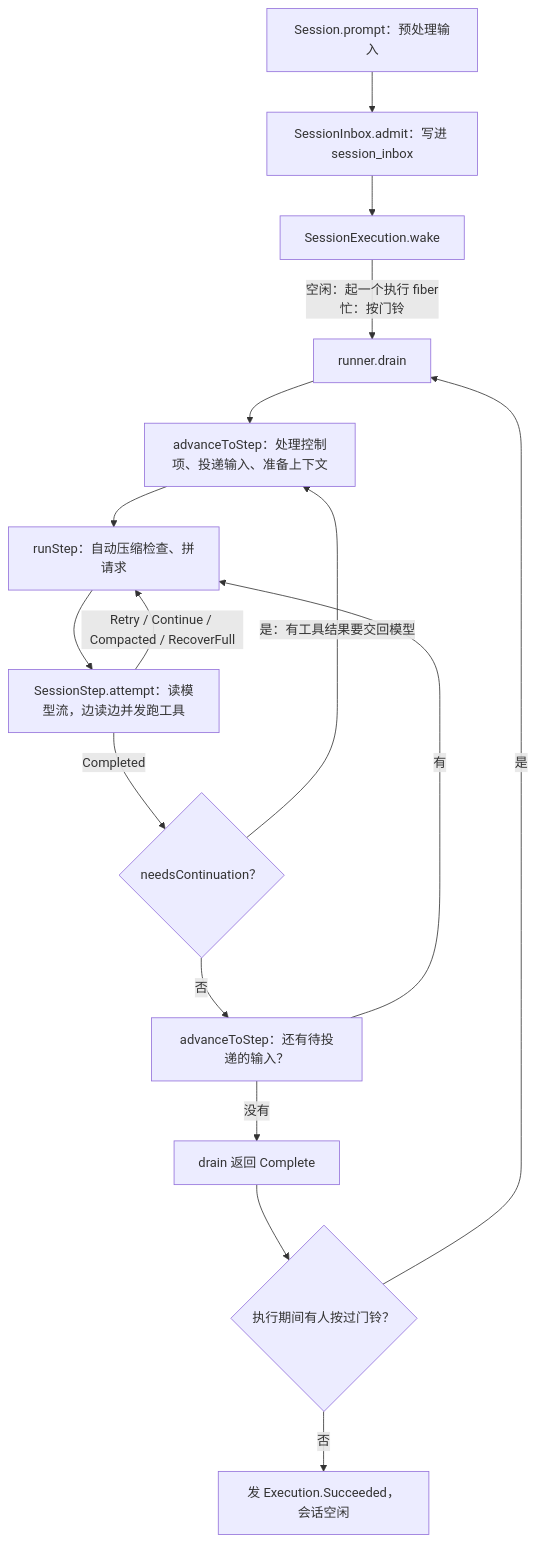
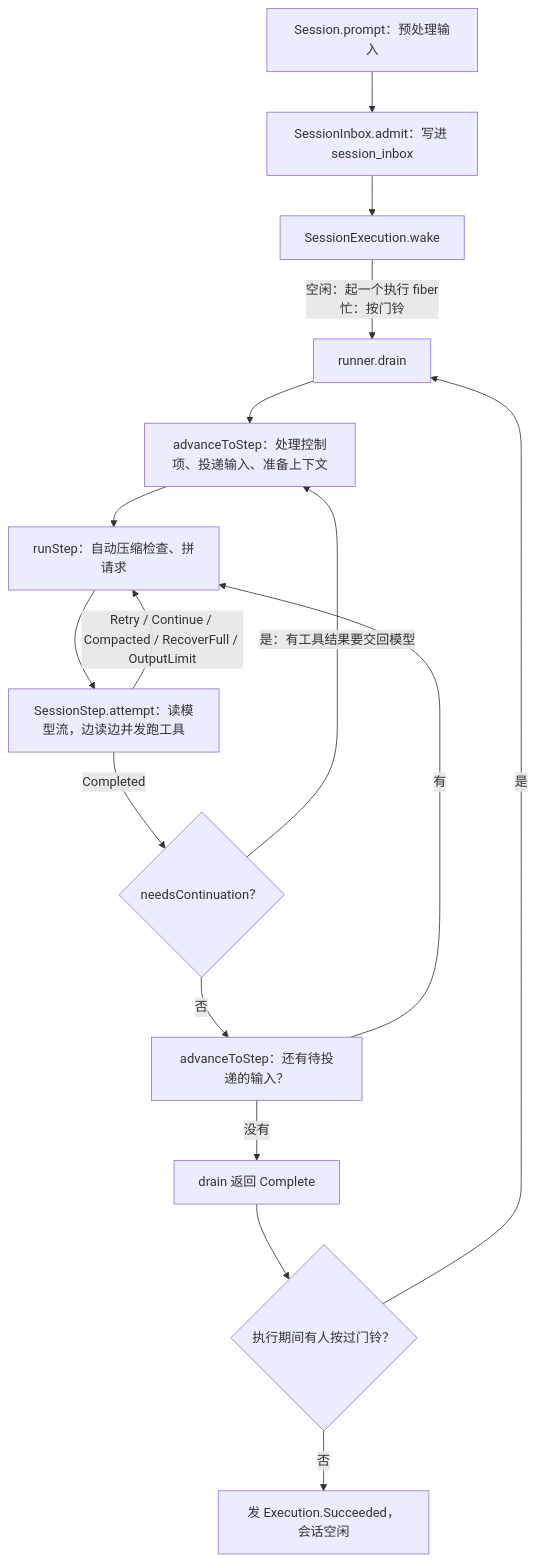
One commit to nickqiaoo/nickqiaoo.github.io changed the second of 13 diagrams in src/content/post/agents-opencode/index.md. Above: the diagram before and after it, drawn with Mermaid. The commit also changed other lines of this file, not shown here.

````diff
--- a/src/content/post/agents-opencode/index.md
+++ b/src/content/post/agents-opencode/index.md
@@ -61,18 +65,18 @@
 ```mermaid
 flowchart TD
   P["Session.prompt：预处理输入"] --> A["SessionInbox.admit：写进 session_inbox"]
   A --> W["SessionExecution.wake"]
   W -->|空闲：起一个执行 fiber<br/>忙：按门铃| D["runner.drain"]
   D --> S["advanceToStep：处理控制项、投递输入、准备上下文"]
   S --> R["runStep：自动压缩检查、拼请求"]
   R --> T["SessionStep.attempt：读模型流，边读边并发跑工具"]
-  T -->|Retry / Continue / Compacted / RecoverFull| R
+  T -->|Retry / Continue / Compacted / RecoverFull / OutputLimit| R
   T -->|Completed| N{"needsContinuation？"}
   N -->|是：有工具结果要交回模型| S
   N -->|否| S2["advanceToStep：还有待投递的输入？"]
   S2 -->|有| R
   S2 -->|没有| E["drain 返回 Complete"]
   E --> C{"执行期间有人按过门铃？"}
   C -->|是| D
   C -->|否| I["发 Execution.Succeeded，会话空闲"]
 ```
````
